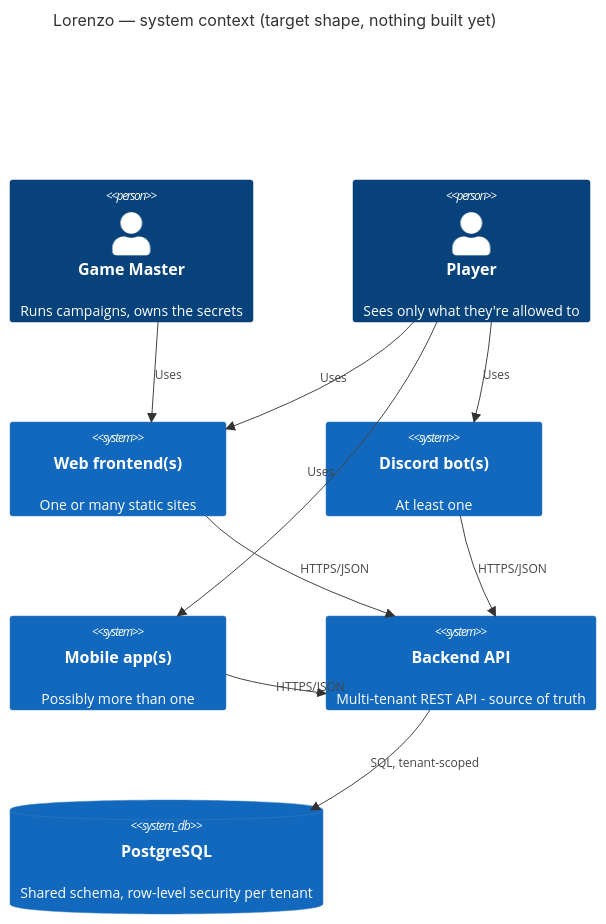
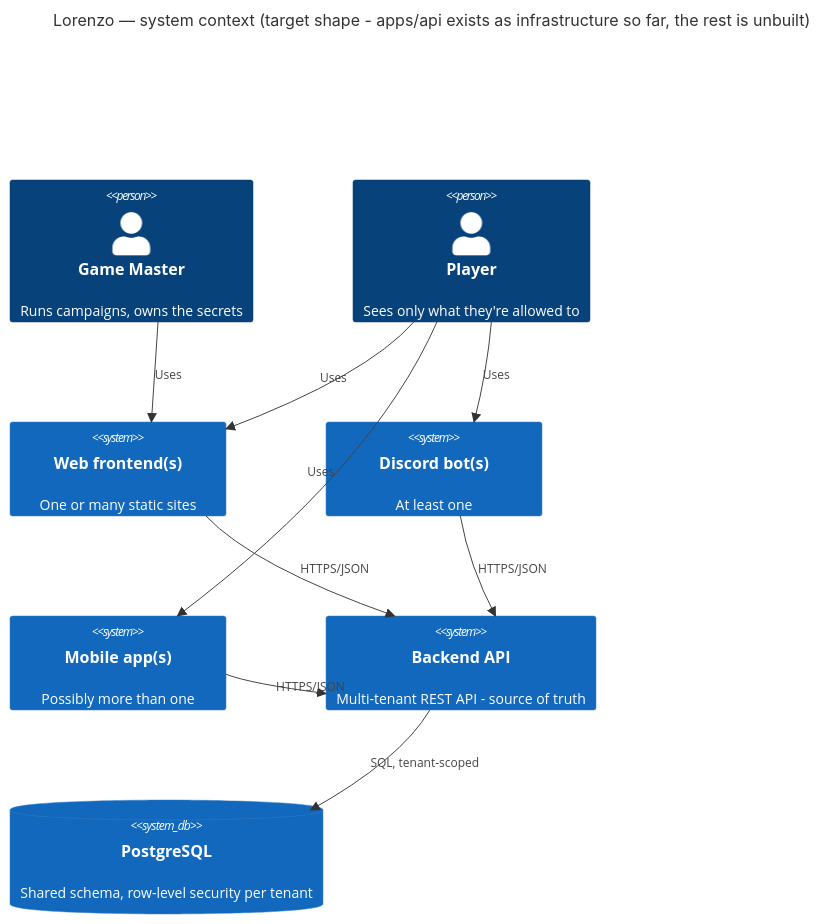
Before and after one commit to ramsesoriginal/lorenzo: the diagram in docs/architecture/diagrams/system-context.md, drawn with Mermaid. The commit also changed 12 other files, not shown here.

First line of the commit message:
docs: bring documentation up to date with apps/api's existence

````diff
--- a/docs/architecture/diagrams/system-context.md
+++ b/docs/architecture/diagrams/system-context.md
@@ -3,22 +3,22 @@
 ```mermaid
 C4Context
-  title Lorenzo — system context (target shape, nothing built yet)
+  title Lorenzo — system context (target shape - apps/api exists as infrastructure so far, the rest is unbuilt)
 
   Person(gm, "Game Master", "Runs campaigns, owns the secrets")
   Person(player, "Player", "Sees only what they're allowed to")
 
   System(web, "Web frontend(s)", "One or many static sites")
   System(bot, "Discord bot(s)", "At least one")
   System(mobile, "Mobile app(s)", "Possibly more than one")
   System(api, "Backend API", "Multi-tenant REST API - source of truth")
   SystemDb(db, "PostgreSQL", "Shared schema, row-level security per tenant")
 
   Rel(gm, web, "Uses")
   Rel(player, web, "Uses")
   Rel(player, bot, "Uses")
   Rel(player, mobile, "Uses")
   Rel(web, api, "HTTPS/JSON")
   Rel(bot, api, "HTTPS/JSON")
   Rel(mobile, api, "HTTPS/JSON")
   Rel(api, db, "SQL, tenant-scoped")
 ```
````
